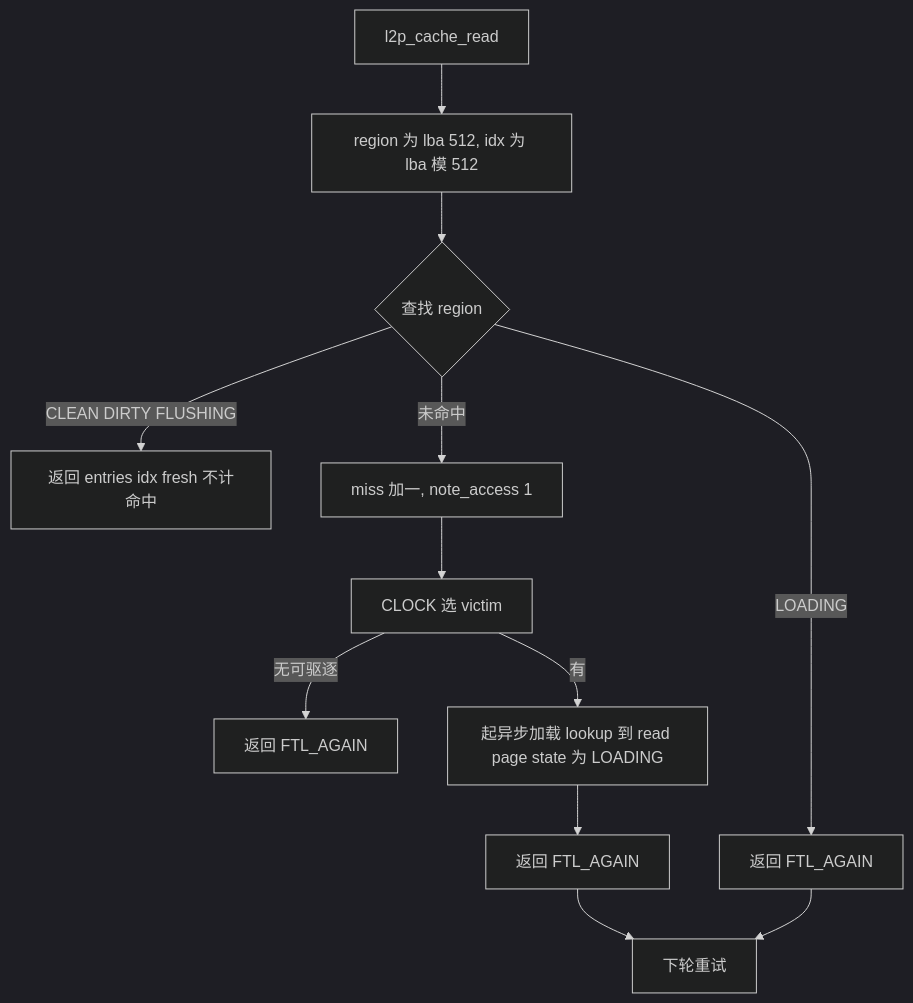
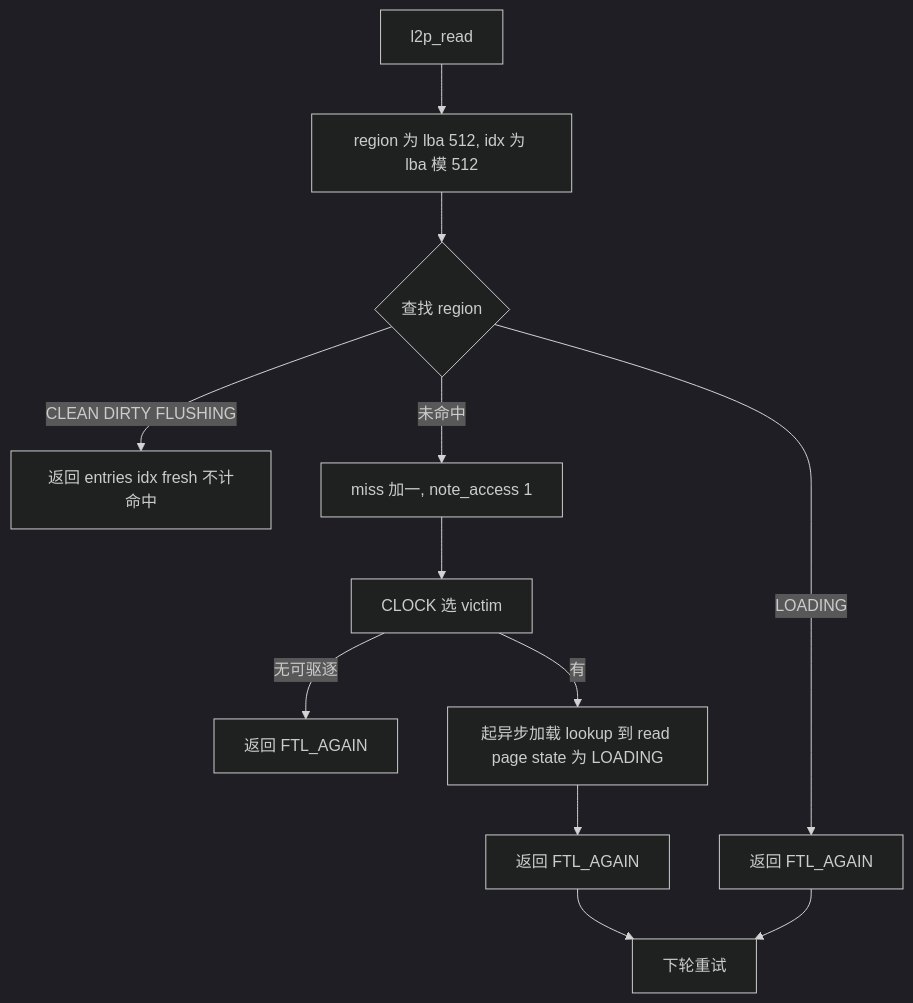
One commit to YzYMIAO/BASESSD changed diagram 14 of 32 in docs/design/ftl_design.md. Above: the diagram before and after it, drawn with Mermaid (dark theme). The commit also changed other lines of this file and 48 other files, not shown here.

````diff
--- a/docs/design/ftl_design.md
+++ b/docs/design/ftl_design.md
@@ -2152,14 +2152,14 @@
 ```mermaid
 flowchart TD
-    A["l2p_cache_read"] --> B["region 为 lba 512, idx 为 lba 模 512"]
+    A["l2p_read"] --> B["region 为 lba 512, idx 为 lba 模 512"]
     B --> C{"查找 region"}
     C -- "LOADING" --> D["返回 FTL_AGAIN"]
     C -- "CLEAN DIRTY FLUSHING" --> E["返回 entries idx fresh 不计命中"]
     C -- "未命中" --> F["miss 加一, note_access 1"]
     F --> G["CLOCK 选 victim"]
     G -- "无可驱逐" --> H["返回 FTL_AGAIN"]
     G -- "有" --> I["起异步加载 lookup 到 read page state 为 LOADING"]
     I --> J["返回 FTL_AGAIN"]
     J --> K["下轮重试"]
     D --> K
 ```
````
